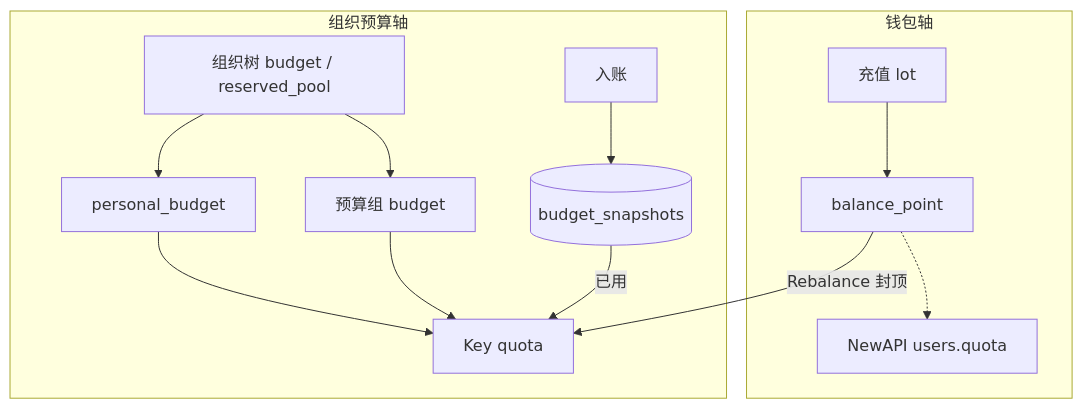
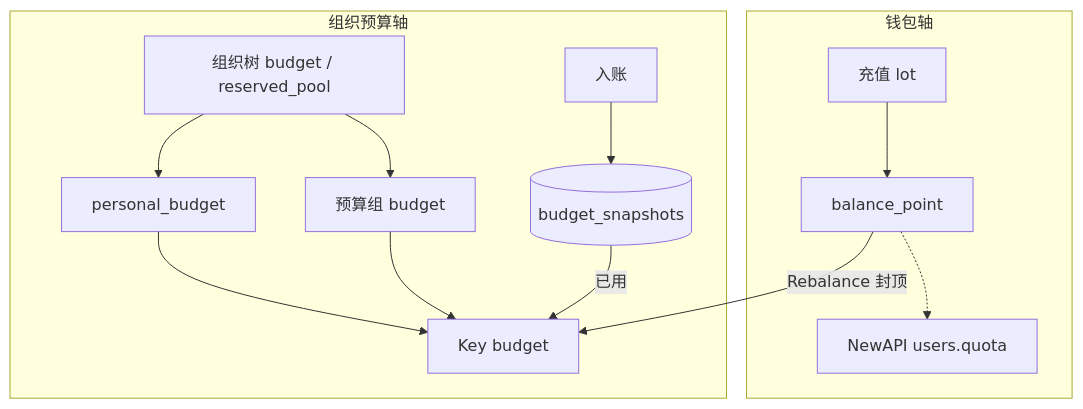
The second of 10 diagrams in docs/Backend-预算.md (quyip8818/mytokenjoy), drawn with Mermaid before and after one commit. The commit also changed other lines of this file and 73 other files, not shown here.

````diff
--- a/docs/Backend-预算.md
+++ b/docs/Backend-预算.md
@@ -64,19 +64,19 @@
 ```mermaid
 flowchart TB
   subgraph wallet [钱包轴]
     LOT[充值 lot] --> BAL[balance_point]
     BAL -.-> NA_W[NewAPI users.quota]
   end
 
   subgraph org [组织预算轴]
     TREE[组织树 budget / reserved_pool]
     TREE --> MEM[personal_budget]
     TREE --> BG[预算组 budget]
-    MEM & BG --> PK[Key quota]
+    MEM & BG --> PK[Key budget]
     SNAP[(budget_snapshots)]
     ING[入账] --> SNAP
   end
 
   BAL -->|Rebalance 封顶| PK
   SNAP -->|已用| PK
 ```
````
